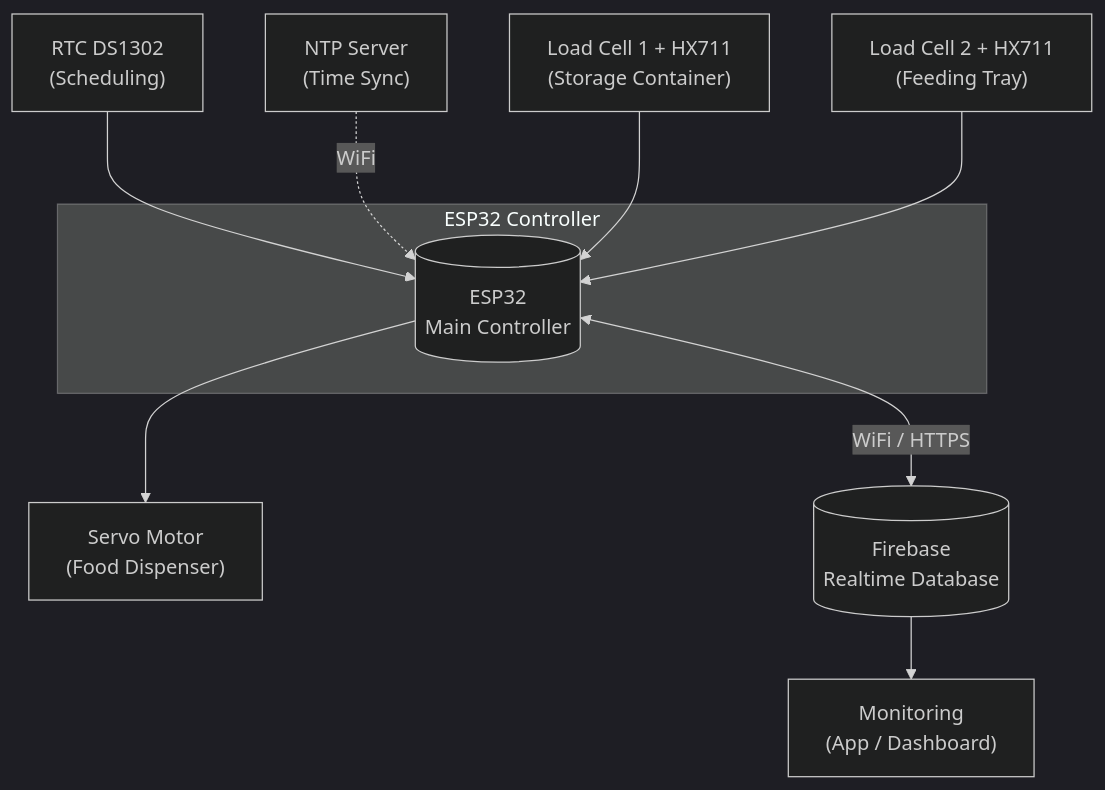
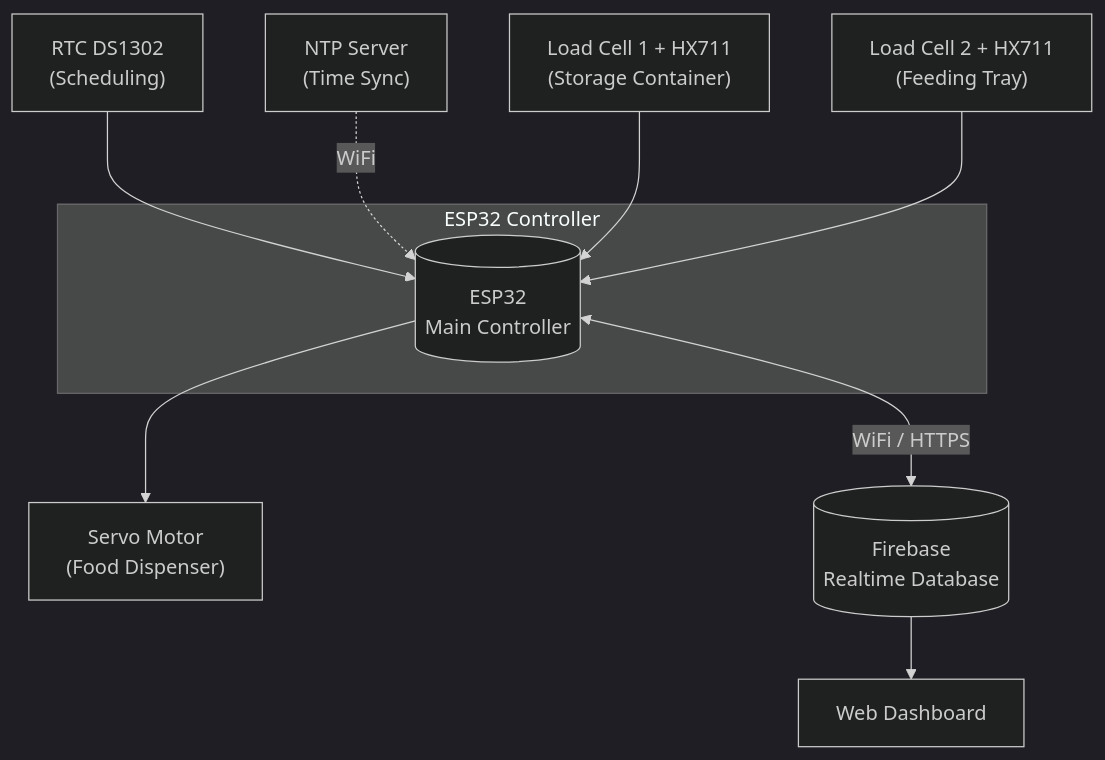
Before and after one commit to Duytrg7/Smart-Pet-Feeding-System: the first of 2 diagrams in README.md, drawn with Mermaid (dark theme). The commit also changed other lines of this file, not shown here.

````diff
--- a/README.md
+++ b/README.md
@@ -21,17 +21,17 @@
 ```mermaid
 flowchart TB
     subgraph Hardware["ESP32 Controller"]
         ESP32[("ESP32\nMain Controller")]
     end
 
     RTC["RTC DS1302\n(Scheduling)"] --> ESP32
     NTP["NTP Server\n(Time Sync)"] -.WiFi.-> ESP32
 
     LC1["Load Cell 1 + HX711\n(Storage Container)"] --> ESP32
     LC2["Load Cell 2 + HX711\n(Feeding Tray)"] --> ESP32
 
     ESP32 --> SERVO["Servo Motor\n(Food Dispenser)"]
     ESP32 <-->|WiFi / HTTPS| FB[("Firebase\nRealtime Database")]
 
-    FB --> APP["Monitoring\n(App / Dashboard)"]
+    FB --> WEB["Web Dashboard"]
 ```
````
